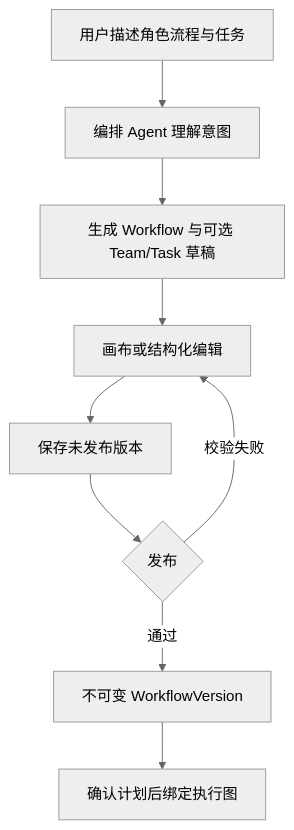
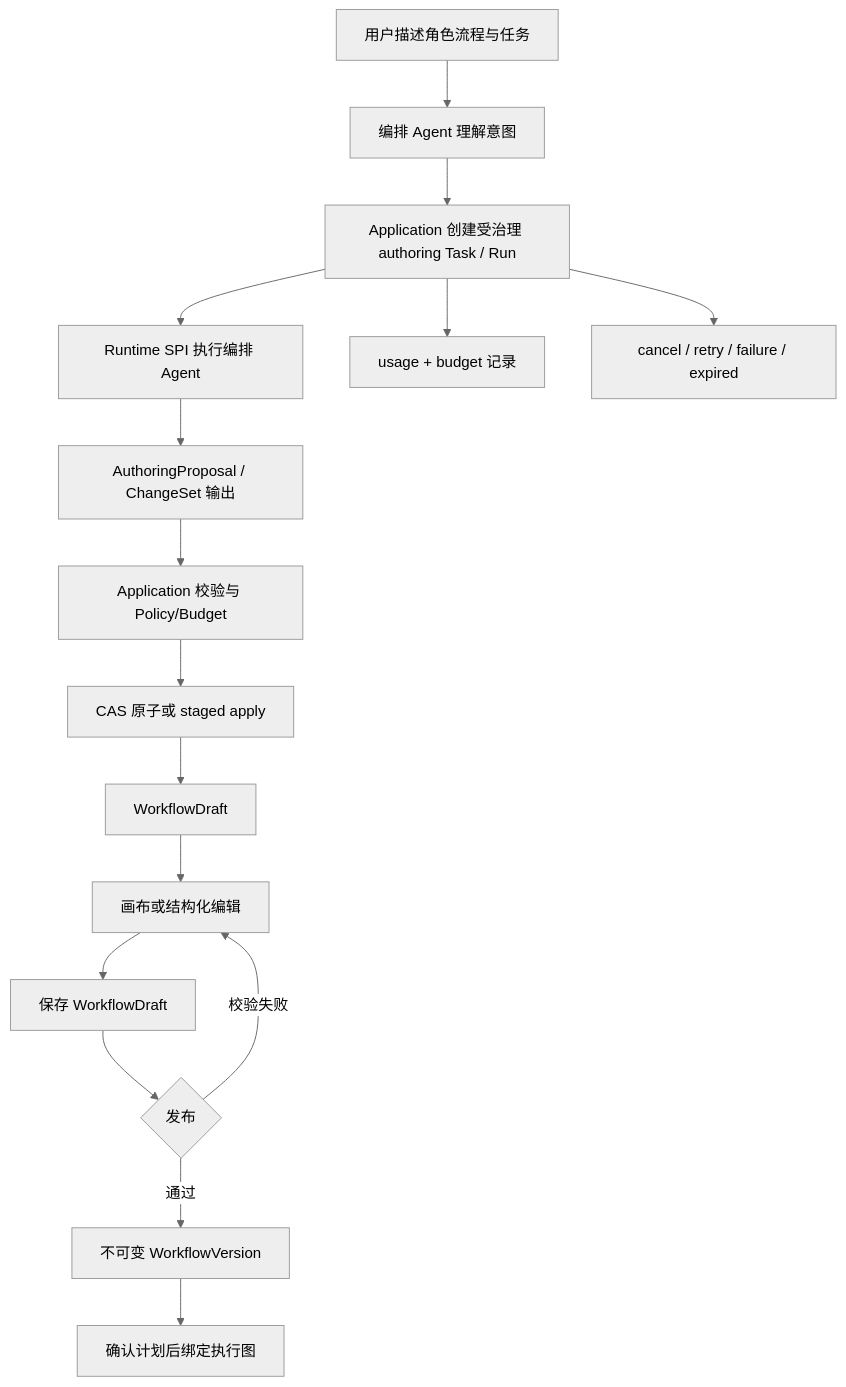
One commit to nicechencs/workforce changed the ninth of 10 diagrams in docs/product-ui/02-core-user-flows.md. Above: the diagram before and after it, drawn with Mermaid (neutral theme). The commit also changed other lines of this file and 29 other files, not shown here.

First line of the commit message:
docs: align D15-D18 contracts, flows, and docs checks

````diff
--- a/docs/product-ui/02-core-user-flows.md
+++ b/docs/product-ui/02-core-user-flows.md
@@ -150,11 +191,18 @@
 ```mermaid
 flowchart TD
   Talk[用户描述角色流程与任务] --> Agent[编排 Agent 理解意图]
-  Agent --> Draft[生成 Workflow 与可选 Team/Task 草稿]
+  Agent --> Start[Application 创建受治理 authoring Task / Run]
+  Start --> Runtime[Runtime SPI 执行编排 Agent]
+  Runtime --> Proposal[AuthoringProposal / ChangeSet 输出]
+  Start --> Usage[usage + budget 记录]
+  Start --> Control[cancel / retry / failure / expired]
+  Proposal --> Validate[Application 校验与 Policy/Budget]
+  Validate --> Apply[CAS 原子或 staged apply]
+  Apply --> Draft[WorkflowDraft]
   Draft --> Edit[画布或结构化编辑]
-  Edit --> Save[保存未发布版本]
+  Edit --> Save[保存 WorkflowDraft]
   Save --> Publish{发布}
   Publish -->|校验失败| Edit
   Publish -->|通过| Frozen[不可变 WorkflowVersion]
   Frozen --> Bind[确认计划后绑定执行图]
 ```
````
